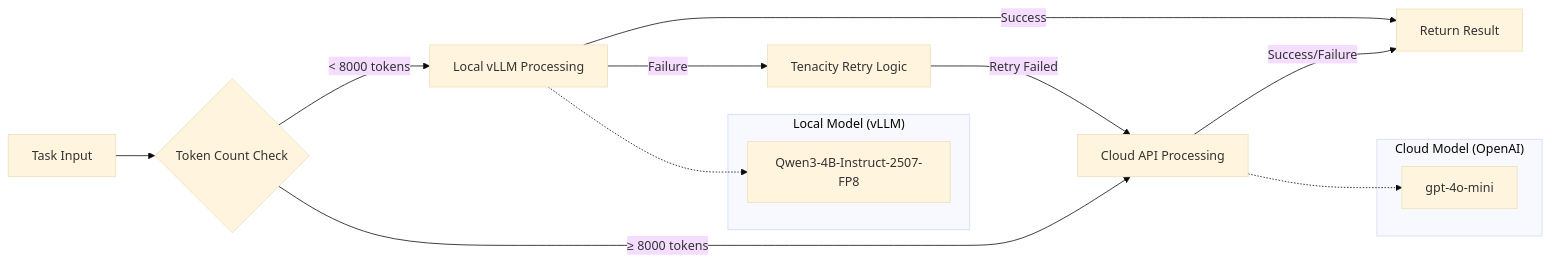
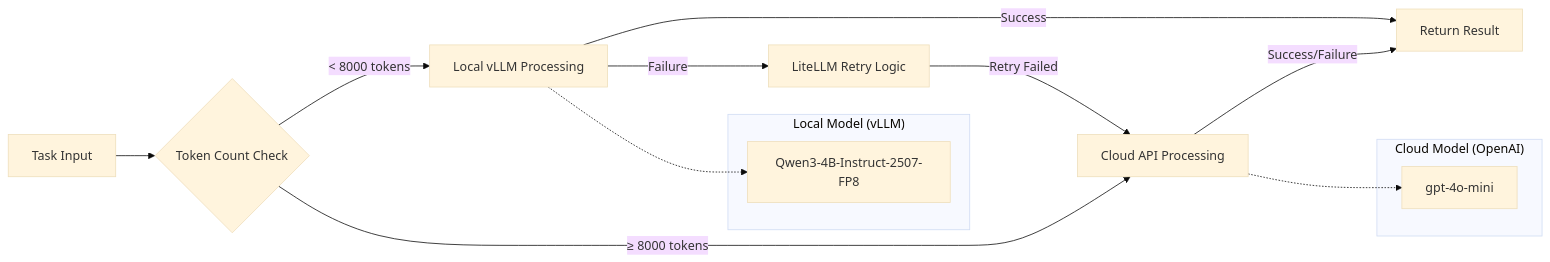
Before and after one commit to BjornMelin/ai-job-scraper: the first of 2 diagrams in docs/adrs/ADR-006-hybrid-strategy.md, drawn with Mermaid (base theme). The commit also changed other lines of this file and 12 other files, not shown here.

````diff
--- a/docs/adrs/ADR-006-hybrid-strategy.md
+++ b/docs/adrs/ADR-006-hybrid-strategy.md
@@ -105,21 +105,21 @@
 ```mermaid
 graph LR
     A[Task Input] --> B{Token Count Check}
     B -->|< 8000 tokens| C[Local vLLM Processing]
     B -->|≥ 8000 tokens| D[Cloud API Processing]
     C -->|Success| E[Return Result]
-    C -->|Failure| F[Tenacity Retry Logic]
+    C -->|Failure| F[LiteLLM Retry Logic]
     F -->|Retry Failed| D
     D -->|Success/Failure| E
     
     subgraph "Local Model (vLLM)"
         G[Qwen3-4B-Instruct-2507-FP8]
     end
     
     subgraph "Cloud Model (OpenAI)"
         H[gpt-4o-mini]
     end
     
     C -.-> G
     D -.-> H
 ```
````
